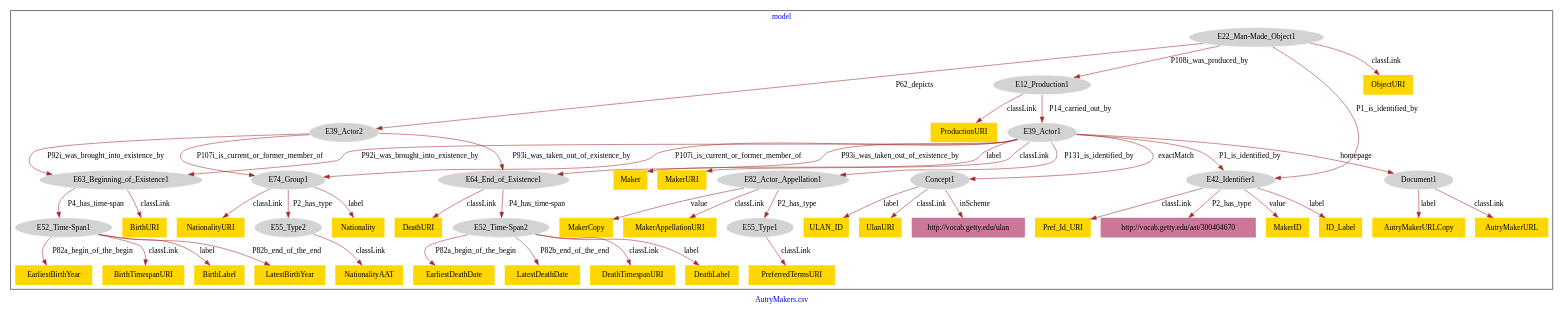
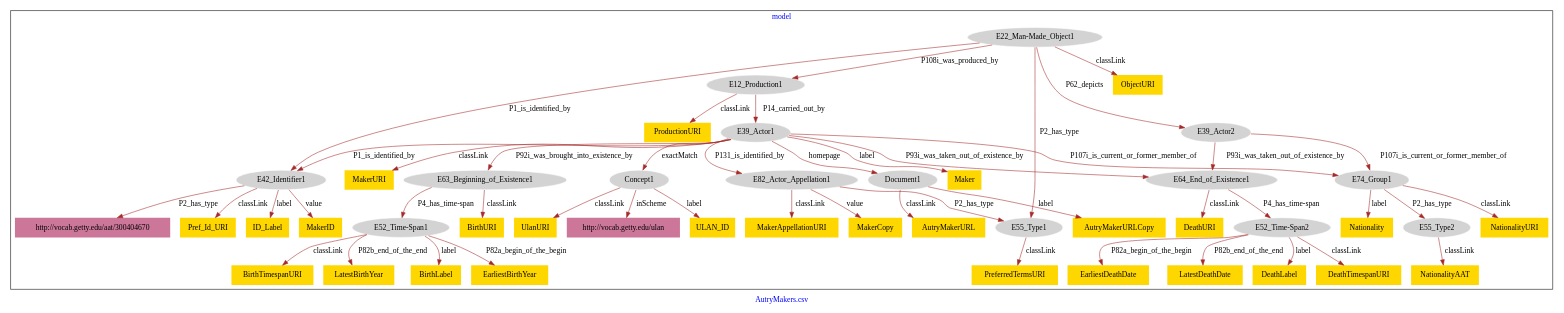
The diagram in AutryMakers/AutryMakers-model.dot (american-art/autry), drawn with Graphviz before and after one commit.

Commit message:
Update file AutryMakers-model.dot

```diff
--- a/AutryMakers/AutryMakers-model.dot
+++ b/AutryMakers/AutryMakers-model.dot
@@ -1,99 +1,99 @@
 digraph n0 {
 fontcolor="blue"
 remincross="true"
 label="AutryMakers.csv"
 subgraph cluster {
 label="model"
 n2[style="filled",color="white",fillcolor="lightgray",label="E12_Production1"];
 n3[style="filled",color="white",fillcolor="lightgray",label="E39_Actor1"];
 n4[style="filled",color="white",fillcolor="lightgray",label="E22_Man-Made_Object1"];
 n5[style="filled",color="white",fillcolor="lightgray",label="E39_Actor2"];
 n6[style="filled",color="white",fillcolor="lightgray",label="E42_Identifier1"];
-n7[style="filled",color="white",fillcolor="lightgray",label="E64_End_of_Existence1"];
-n8[style="filled",color="white",fillcolor="lightgray",label="E82_Actor_Appellation1"];
-n9[style="filled",color="white",fillcolor="lightgray",label="Concept1"];
-n10[style="filled",color="white",fillcolor="lightgray",label="Document1"];
-n11[style="filled",color="white",fillcolor="lightgray",label="E63_Beginning_of_Existence1"];
-n12[style="filled",color="white",fillcolor="lightgray",label="E74_Group1"];
-n13[style="filled",color="white",fillcolor="lightgray",label="E52_Time-Span1"];
-n14[style="filled",color="white",fillcolor="lightgray",label="E52_Time-Span2"];
-n15[style="filled",color="white",fillcolor="lightgray",label="E55_Type2"];
-n16[style="filled",color="white",fillcolor="lightgray",label="E55_Type1"];
-n17[shape="plaintext",style="filled",fillcolor="gold",label="BirthTimespanURI"];
-n18[shape="plaintext",style="filled",fillcolor="gold",label="DeathLabel"];
-n19[shape="plaintext",style="filled",fillcolor="gold",label="Maker"];
-n20[shape="plaintext",style="filled",fillcolor="gold",label="BirthLabel"];
-n21[shape="plaintext",style="filled",fillcolor="gold",label="ULAN_ID"];
+n7[style="filled",color="white",fillcolor="lightgray",label="E55_Type1"];
+n8[style="filled",color="white",fillcolor="lightgray",label="E63_Beginning_of_Existence1"];
+n9[style="filled",color="white",fillcolor="lightgray",label="E64_End_of_Existence1"];
+n10[style="filled",color="white",fillcolor="lightgray",label="E74_Group1"];
+n11[style="filled",color="white",fillcolor="lightgray",label="E82_Actor_Appellation1"];
+n12[style="filled",color="white",fillcolor="lightgray",label="Concept1"];
+n13[style="filled",color="white",fillcolor="lightgray",label="Document1"];
+n14[style="filled",color="white",fillcolor="lightgray",label="E52_Time-Span1"];
+n15[style="filled",color="white",fillcolor="lightgray",label="E52_Time-Span2"];
+n16[style="filled",color="white",fillcolor="lightgray",label="E55_Type2"];
+n17[shape="plaintext",style="filled",fillcolor="gold",label="MakerCopy"];
+n18[shape="plaintext",style="filled",fillcolor="gold",label="BirthTimespanURI"];
+n19[shape="plaintext",style="filled",fillcolor="gold",label="NationalityAAT"];
+n20[shape="plaintext",style="filled",fillcolor="gold",label="Maker"];
+n21[shape="plaintext",style="filled",fillcolor="gold",label="DeathURI"];
 n22[shape="plaintext",style="filled",fillcolor="gold",label="AutryMakerURL"];
-n23[shape="plaintext",style="filled",fillcolor="gold",label="MakerCopy"];
+n23[shape="plaintext",style="filled",fillcolor="gold",label="ULAN_ID"];
 n24[shape="plaintext",style="filled",fillcolor="gold",label="Nationality"];
-n25[shape="plaintext",style="filled",fillcolor="gold",label="NationalityAAT"];
-n26[shape="plaintext",style="filled",fillcolor="gold",label="AutryMakerURLCopy"];
-n27[shape="plaintext",style="filled",fillcolor="gold",label="MakerID"];
-n28[shape="plaintext",style="filled",fillcolor="gold",label="UlanURI"];
-n29[shape="plaintext",style="filled",fillcolor="gold",label="MakerAppellationURI"];
-n30[shape="plaintext",style="filled",fillcolor="gold",label="EarliestDeathDate"];
-n31[shape="plaintext",style="filled",fillcolor="gold",label="LatestBirthYear"];
-n32[shape="plaintext",style="filled",fillcolor="gold",label="LatestDeathDate"];
-n33[shape="plaintext",style="filled",fillcolor="gold",label="DeathTimespanURI"];
+n25[shape="plaintext",style="filled",fillcolor="gold",label="LatestDeathDate"];
+n26[shape="plaintext",style="filled",fillcolor="gold",label="ObjectURI"];
+n27[shape="plaintext",style="filled",fillcolor="gold",label="LatestBirthYear"];
+n28[shape="plaintext",style="filled",fillcolor="gold",label="BirthLabel"];
+n29[shape="plaintext",style="filled",fillcolor="gold",label="DeathLabel"];
+n30[shape="plaintext",style="filled",fillcolor="gold",label="Pref_Id_URI"];
+n31[shape="plaintext",style="filled",fillcolor="gold",label="AutryMakerURLCopy"];
+n32[shape="plaintext",style="filled",fillcolor="gold",label="DeathTimespanURI"];
+n33[shape="plaintext",style="filled",fillcolor="gold",label="BirthURI"];
 n34[shape="plaintext",style="filled",fillcolor="gold",label="ID_Label"];
-n35[shape="plaintext",style="filled",fillcolor="gold",label="Pref_Id_URI"];
-n36[shape="plaintext",style="filled",fillcolor="gold",label="BirthURI"];
-n37[shape="plaintext",style="filled",fillcolor="gold",label="PreferredTermsURI"];
-n38[shape="plaintext",style="filled",fillcolor="gold",label="EarliestBirthYear"];
-n39[shape="plaintext",style="filled",fillcolor="gold",label="NationalityURI"];
-n40[shape="plaintext",style="filled",fillcolor="gold",label="ProductionURI"];
-n41[shape="plaintext",style="filled",fillcolor="gold",label="MakerURI"];
-n42[shape="plaintext",style="filled",fillcolor="gold",label="DeathURI"];
-n43[shape="plaintext",style="filled",fillcolor="gold",label="ObjectURI"];
+n35[shape="plaintext",style="filled",fillcolor="gold",label="EarliestBirthYear"];
+n36[shape="plaintext",style="filled",fillcolor="gold",label="ProductionURI"];
+n37[shape="plaintext",style="filled",fillcolor="gold",label="MakerAppellationURI"];
+n38[shape="plaintext",style="filled",fillcolor="gold",label="PreferredTermsURI"];
+n39[shape="plaintext",style="filled",fillcolor="gold",label="EarliestDeathDate"];
+n40[shape="plaintext",style="filled",fillcolor="gold",label="UlanURI"];
+n41[shape="plaintext",style="filled",fillcolor="gold",label="MakerID"];
+n42[shape="plaintext",style="filled",fillcolor="gold",label="MakerURI"];
+n43[shape="plaintext",style="filled",fillcolor="gold",label="NationalityURI"];
 n44[shape="plaintext",style="filled",fillcolor="#CC7799",label="http://vocab.getty.edu/aat/300404670"];
 n45[shape="plaintext",style="filled",fillcolor="#CC7799",label="http://vocab.getty.edu/ulan"];
 }
 n2 -> n3[color="brown",fontcolor="black",label="P14_carried_out_by"]
 n4 -> n2[color="brown",fontcolor="black",label="P108i_was_produced_by"]
 n4 -> n5[color="brown",fontcolor="black",label="P62_depicts"]
 n4 -> n6[color="brown",fontcolor="black",label="P1_is_identified_by"]
-n3 -> n7[color="brown",fontcolor="black",label="P93i_was_taken_out_of_existence_by"]
-n3 -> n8[color="brown",fontcolor="black",label="P131_is_identified_by"]
-n3 -> n9[color="brown",fontcolor="black",label="exactMatch"]
-n3 -> n10[color="brown",fontcolor="black",label="homepage"]
-n5 -> n11[color="brown",fontcolor="black",label="P92i_was_brought_into_existence_by"]
-n5 -> n12[color="brown",fontcolor="black",label="P107i_is_current_or_former_member_of"]
-n11 -> n13[color="brown",fontcolor="black",label="P4_has_time-span"]
-n7 -> n14[color="brown",fontcolor="black",label="P4_has_time-span"]
-n12 -> n15[color="brown",fontcolor="black",label="P2_has_type"]
-n8 -> n16[color="brown",fontcolor="black",label="P2_has_type"]
-n13 -> n17[color="brown",fontcolor="black",label="classLink"]
-n14 -> n18[color="brown",fontcolor="black",label="label"]
-n3 -> n19[color="brown",fontcolor="black",label="label"]
-n13 -> n20[color="brown",fontcolor="black",label="label"]
-n9 -> n21[color="brown",fontcolor="black",label="label"]
-n10 -> n22[color="brown",fontcolor="black",label="classLink"]
-n8 -> n23[color="brown",fontcolor="black",label="value"]
-n12 -> n24[color="brown",fontcolor="black",label="label"]
-n15 -> n25[color="brown",fontcolor="black",label="classLink"]
-n10 -> n26[color="brown",fontcolor="black",label="label"]
-n6 -> n27[color="brown",fontcolor="black",label="value"]
-n9 -> n28[color="brown",fontcolor="black",label="classLink"]
-n8 -> n29[color="brown",fontcolor="black",label="classLink"]
-n14 -> n30[color="brown",fontcolor="black",label="P82a_begin_of_the_begin"]
-n13 -> n31[color="brown",fontcolor="black",label="P82b_end_of_the_end"]
-n14 -> n32[color="brown",fontcolor="black",label="P82b_end_of_the_end"]
-n14 -> n33[color="brown",fontcolor="black",label="classLink"]
+n4 -> n7[color="brown",fontcolor="black",label="P2_has_type"]
+n3 -> n8[color="brown",fontcolor="black",label="P92i_was_brought_into_existence_by"]
+n3 -> n9[color="brown",fontcolor="black",label="P93i_was_taken_out_of_existence_by"]
+n3 -> n10[color="brown",fontcolor="black",label="P107i_is_current_or_former_member_of"]
+n3 -> n11[color="brown",fontcolor="black",label="P131_is_identified_by"]
+n3 -> n12[color="brown",fontcolor="black",label="exactMatch"]
+n3 -> n13[color="brown",fontcolor="black",label="homepage"]
+n8 -> n14[color="brown",fontcolor="black",label="P4_has_time-span"]
+n9 -> n15[color="brown",fontcolor="black",label="P4_has_time-span"]
+n10 -> n16[color="brown",fontcolor="black",label="P2_has_type"]
+n11 -> n17[color="brown",fontcolor="black",label="value"]
+n14 -> n18[color="brown",fontcolor="black",label="classLink"]
+n16 -> n19[color="brown",fontcolor="black",label="classLink"]
+n3 -> n20[color="brown",fontcolor="black",label="label"]
+n9 -> n21[color="brown",fontcolor="black",label="classLink"]
+n13 -> n22[color="brown",fontcolor="black",label="classLink"]
+n12 -> n23[color="brown",fontcolor="black",label="label"]
+n10 -> n24[color="brown",fontcolor="black",label="label"]
+n15 -> n25[color="brown",fontcolor="black",label="P82b_end_of_the_end"]
+n4 -> n26[color="brown",fontcolor="black",label="classLink"]
+n14 -> n27[color="brown",fontcolor="black",label="P82b_end_of_the_end"]
+n14 -> n28[color="brown",fontcolor="black",label="label"]
+n15 -> n29[color="brown",fontcolor="black",label="label"]
+n6 -> n30[color="brown",fontcolor="black",label="classLink"]
+n13 -> n31[color="brown",fontcolor="black",label="label"]
+n15 -> n32[color="brown",fontcolor="black",label="classLink"]
+n8 -> n33[color="brown",fontcolor="black",label="classLink"]
 n6 -> n34[color="brown",fontcolor="black",label="label"]
-n6 -> n35[color="brown",fontcolor="black",label="classLink"]
-n11 -> n36[color="brown",fontcolor="black",label="classLink"]
-n16 -> n37[color="brown",fontcolor="black",label="classLink"]
-n13 -> n38[color="brown",fontcolor="black",label="P82a_begin_of_the_begin"]
-n12 -> n39[color="brown",fontcolor="black",label="classLink"]
-n2 -> n40[color="brown",fontcolor="black",label="classLink"]
-n3 -> n41[color="brown",fontcolor="black",label="classLink"]
-n7 -> n42[color="brown",fontcolor="black",label="classLink"]
-n4 -> n43[color="brown",fontcolor="black",label="classLink"]
-n5 -> n7[color="brown",fontcolor="black",label="P93i_was_taken_out_of_existence_by"]
+n14 -> n35[color="brown",fontcolor="black",label="P82a_begin_of_the_begin"]
+n2 -> n36[color="brown",fontcolor="black",label="classLink"]
+n11 -> n37[color="brown",fontcolor="black",label="classLink"]
+n7 -> n38[color="brown",fontcolor="black",label="classLink"]
+n15 -> n39[color="brown",fontcolor="black",label="P82a_begin_of_the_begin"]
+n12 -> n40[color="brown",fontcolor="black",label="classLink"]
+n6 -> n41[color="brown",fontcolor="black",label="value"]
+n3 -> n42[color="brown",fontcolor="black",label="classLink"]
+n10 -> n43[color="brown",fontcolor="black",label="classLink"]
+n5 -> n9[color="brown",fontcolor="black",label="P93i_was_taken_out_of_existence_by"]
 n6 -> n44[color="brown",fontcolor="black",label="P2_has_type"]
 n3 -> n6[color="brown",fontcolor="black",label="P1_is_identified_by"]
-n3 -> n11[color="brown",fontcolor="black",label="P92i_was_brought_into_existence_by"]
-n9 -> n45[color="brown",fontcolor="black",label="inScheme"]
-n3 -> n12[color="brown",fontcolor="black",label="P107i_is_current_or_former_member_of"]
+n5 -> n10[color="brown",fontcolor="black",label="P107i_is_current_or_former_member_of"]
+n11 -> n7[color="brown",fontcolor="black",label="P2_has_type"]
+n12 -> n45[color="brown",fontcolor="black",label="inScheme"]
 }
```
